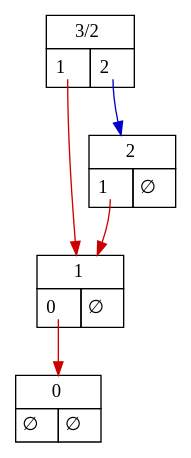
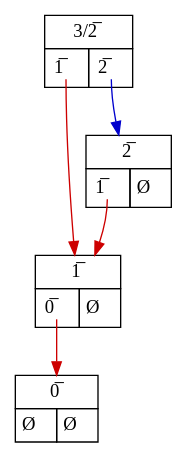
One commit to mroughan/SurrealNumbers.jl changed the diagram in examples/Data/addition_ex_10.dot. Above: the diagram before and after it, drawn with Graphviz. The commit also changed 59 other files, not shown here.

```diff
--- a/examples/Data/addition_ex_10.dot
+++ b/examples/Data/addition_ex_10.dot
@@ -1,30 +1,30 @@
 digraph "1.5" {
    node_1 [shape=none,margin=0,label=
          <<TABLE BORDER="0" CELLBORDER="1" CELLSPACING="0" CELLPADDING="4">
-         <TR><TD COLSPAN="2">3/2</TD></TR>
-         <TR><TD PORT="L"> <TABLE BORDER="0" CELLBORDER="0" CELLPADDING="0"><TR><TD PORT="1,1"> 1 </TD> &nbsp; </TR></TABLE> </TD><TD PORT="R"> <TABLE BORDER="0" CELLBORDER="0" CELLPADDING="0"><TR><TD PORT="2,1"> 2 </TD> &nbsp; </TR></TABLE> </TD></TR>
+         <TR><TD COLSPAN="2">3/2̅</TD></TR>
+         <TR><TD PORT="L"> <TABLE BORDER="0" CELLBORDER="0" CELLPADDING="0"><TR><TD PORT="1,1"> 1̅ </TD> &nbsp; </TR></TABLE> </TD><TD PORT="R"> <TABLE BORDER="0" CELLBORDER="0" CELLPADDING="0"><TR><TD PORT="2,1"> 2̅ </TD> &nbsp; </TR></TABLE> </TD></TR>
          </TABLE>>,
          ];
-   node_1:"1,1" -> node_2 [color="red3"];
+   node_1:"1,1" -> node_2 [color="red3", dir=forward];
    node_2 [shape=none,margin=0,label=
          <<TABLE BORDER="0" CELLBORDER="1" CELLSPACING="0" CELLPADDING="4">
-         <TR><TD COLSPAN="2">1</TD></TR>
-         <TR><TD PORT="L"> <TABLE BORDER="0" CELLBORDER="0" CELLPADDING="0"><TR><TD PORT="0,1"> 0 </TD> &nbsp; </TR></TABLE> </TD><TD PORT="R"> ∅ </TD></TR>
+         <TR><TD COLSPAN="2">1̅</TD></TR>
+         <TR><TD PORT="L"> <TABLE BORDER="0" CELLBORDER="0" CELLPADDING="0"><TR><TD PORT="0,1"> 0̅ </TD> &nbsp; </TR></TABLE> </TD><TD PORT="R"> Ø </TD></TR>
          </TABLE>>,
          ];
-   node_2:"0,1" -> node_3 [color="red3"];
+   node_2:"0,1" -> node_3 [color="red3", dir=forward];
    node_3 [shape=none,margin=0,label=
          <<TABLE BORDER="0" CELLBORDER="1" CELLSPACING="0" CELLPADDING="4">
-         <TR><TD COLSPAN="2">0</TD></TR>
-         <TR><TD PORT="L"> ∅ </TD><TD PORT="R"> ∅ </TD></TR>
+         <TR><TD COLSPAN="2">0̅</TD></TR>
+         <TR><TD PORT="L"> Ø </TD><TD PORT="R"> Ø </TD></TR>
          </TABLE>>,
          ];
-   node_1:"2,1" -> node_4 [color="blue3"];
+   node_1:"2,1" -> node_4 [color="blue3", dir=forward];
    node_4 [shape=none,margin=0,label=
          <<TABLE BORDER="0" CELLBORDER="1" CELLSPACING="0" CELLPADDING="4">
-         <TR><TD COLSPAN="2">2</TD></TR>
-         <TR><TD PORT="L"> <TABLE BORDER="0" CELLBORDER="0" CELLPADDING="0"><TR><TD PORT="1,1"> 1 </TD> &nbsp; </TR></TABLE> </TD><TD PORT="R"> ∅ </TD></TR>
+         <TR><TD COLSPAN="2">2̅</TD></TR>
+         <TR><TD PORT="L"> <TABLE BORDER="0" CELLBORDER="0" CELLPADDING="0"><TR><TD PORT="1,1"> 1̅ </TD> &nbsp; </TR></TABLE> </TD><TD PORT="R"> Ø </TD></TR>
          </TABLE>>,
          ];
-   node_4:"1,1" -> node_2 [color="red3"];
+   node_4:"1,1" -> node_2 [color="red3", dir=forward];
 }
```
